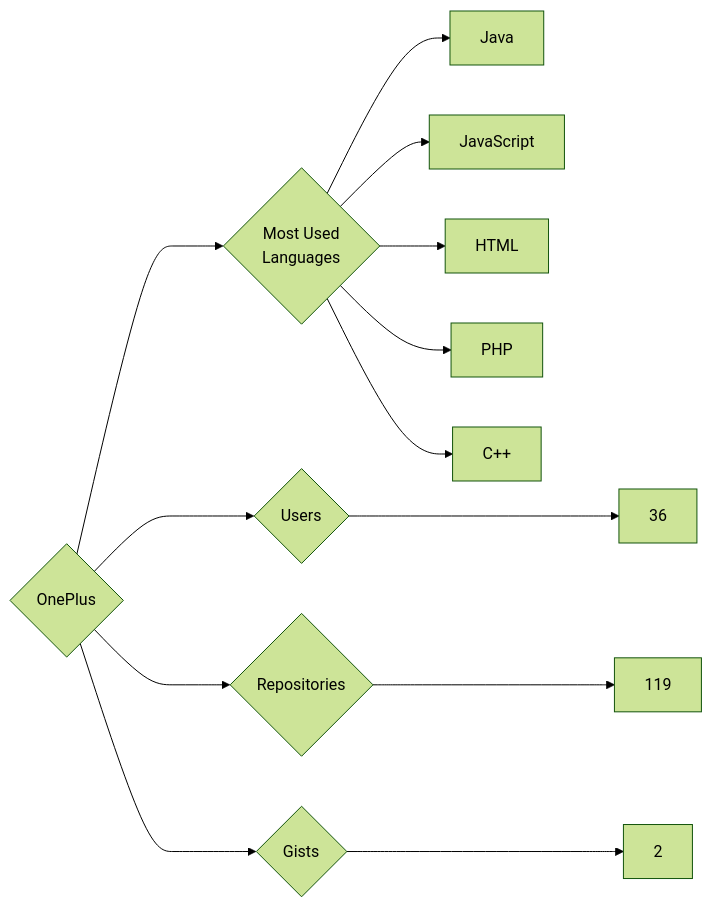
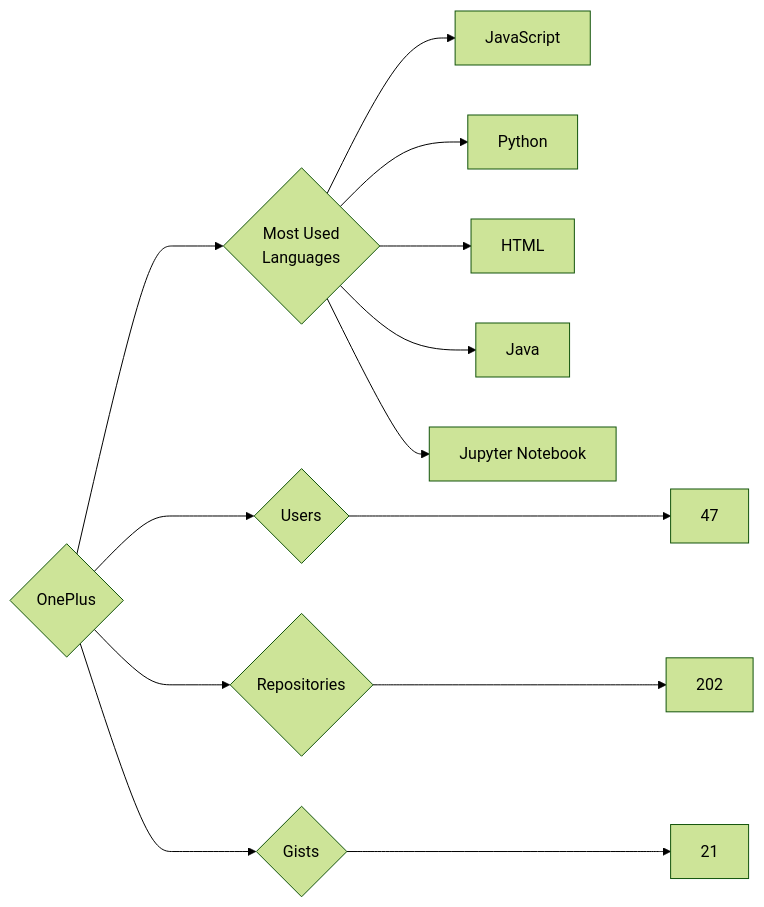
One commit to trickest/insiders changed the diagram in targets/OnePlus/README.md. Above: the diagram before and after it, drawn with Mermaid (forest theme). The commit also changed 860 other files, not shown here.

````diff
--- a/targets/OnePlus/README.md
+++ b/targets/OnePlus/README.md
@@ -3,13 +3,13 @@
 ```mermaid
 graph LR
 COMPANY_NAME{OnePlus}
-COMPANY_NAME ---> U{Users} ---> UN[36]
-COMPANY_NAME ---> R{Repositories} ---> RN[119]
-COMPANY_NAME ---> G{Gists} ---> GN[2]
+COMPANY_NAME ---> U{Users} ---> UN[47]
+COMPANY_NAME ---> R{Repositories} ---> RN[202]
+COMPANY_NAME ---> G{Gists} ---> GN[21]
 COMPANY_NAME ---> ML{Most Used<br>Languages}
+ML --> JavaScript[JavaScript]
+ML --> Python[Python]
+ML --> HTML[HTML]
 ML --> Java[Java]
-ML --> JavaScript[JavaScript]
-ML --> HTML[HTML]
-ML --> PHP[PHP]
-ML --> C++[C++]
+ML --> Jupyter_Notebook[Jupyter Notebook]
 ```
````
